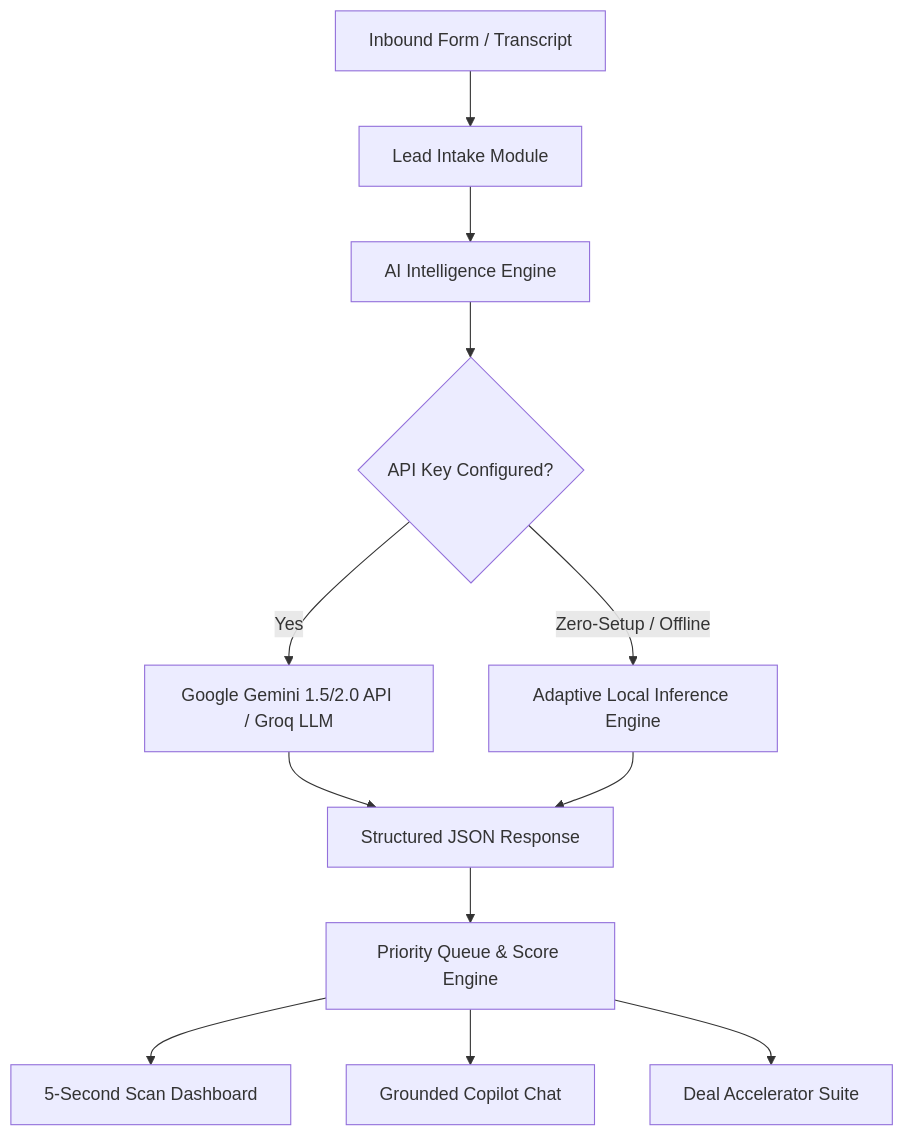
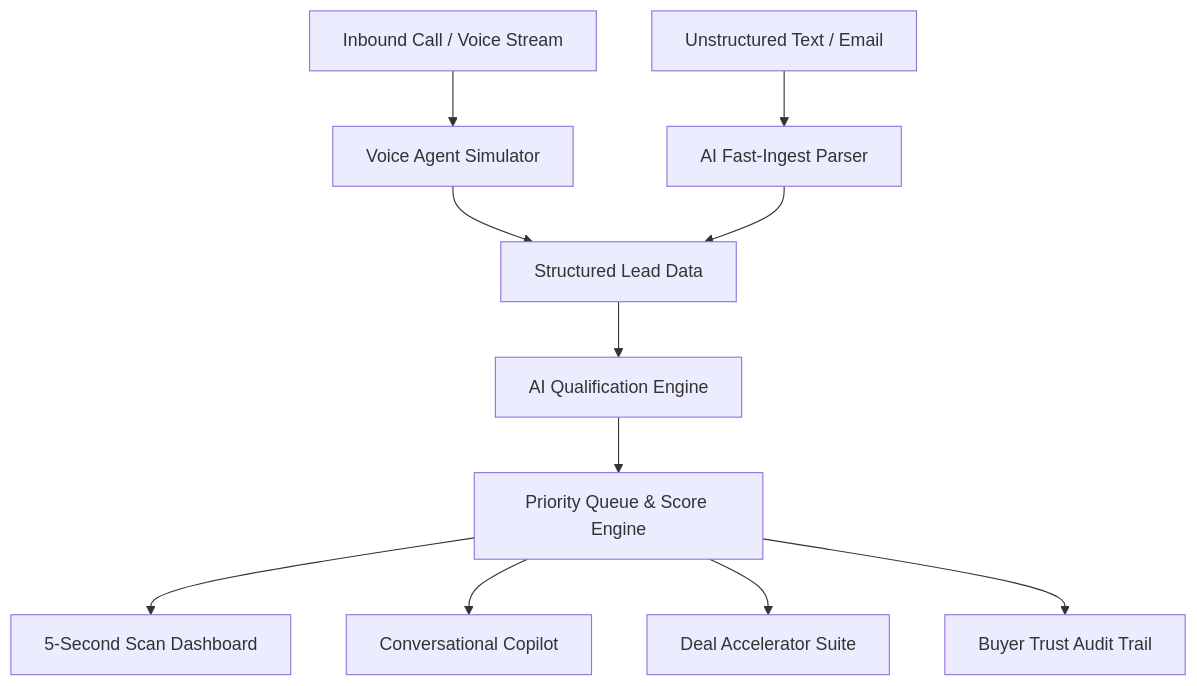
Before and after one commit to TANISHQDAS/MASAL.AI: the diagram in README.md, drawn with Mermaid. The commit also changed other lines of this file and 6 other files, not shown here.

Commit message:
feat: add Live Voice Agent Simulator with speech audio, FDE Voice Configurator, and Buyer Trust Explainability Audit

````diff
--- a/README.md
+++ b/README.md
@@ -55,14 +67,13 @@
 ```mermaid
 flowchart TD
-    A[Inbound Form / Transcript] --> B[Lead Intake Module]
-    B --> C[AI Intelligence Engine]
-    C --> D{API Key Configured?}
-    D -- Yes --> E[Google Gemini 1.5/2.0 API / Groq LLM]
-    D -- Zero-Setup / Offline --> F[Adaptive Local Inference Engine]
-    E --> G[Structured JSON Response]
-    F --> G[Structured JSON Response]
-    G --> H[Priority Queue & Score Engine]
-    H --> I[5-Second Scan Dashboard]
-    H --> J[Grounded Copilot Chat]
-    H --> K[Deal Accelerator Suite]
+    A[Inbound Call / Voice Stream] --> B[Voice Agent Simulator]
+    C[Unstructured Text / Email] --> D[AI Fast-Ingest Parser]
+    B --> E[Structured Lead Data]
+    D --> E
+    E --> F[AI Qualification Engine]
+    F --> G[Priority Queue & Score Engine]
+    G --> H[5-Second Scan Dashboard]
+    G --> I[Conversational Copilot]
+    G --> J[Deal Accelerator Suite]
+    G --> K[Buyer Trust Audit Trail]
 ```
````
